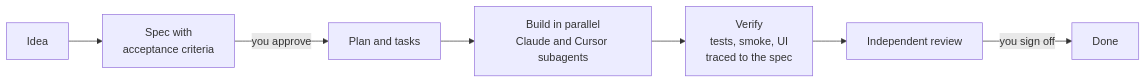
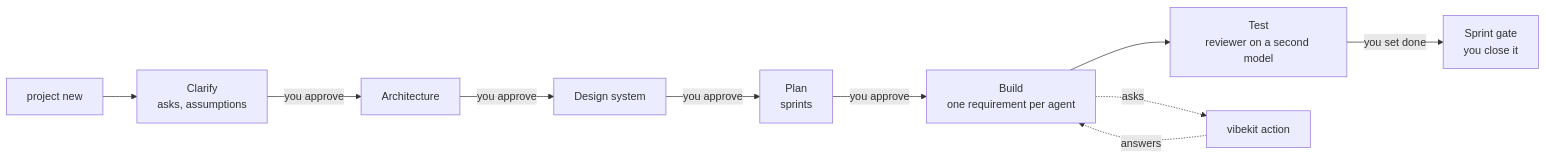
One commit to Pershanthenm/vibekit changed the diagram in README.md. Above: the diagram before and after it, drawn with Mermaid. The commit also changed other lines of this file and 392 other files, not shown here.

First line of the commit message:
feat: ship the 0.2 spec-driven loop, with a person at every gate

````diff
--- a/README.md
+++ b/README.md
@@ -14,9 +25,12 @@
 ```mermaid
 flowchart LR
-  A[Idea] --> B[Spec with<br/>acceptance criteria]
-  B -->|you approve| C[Plan and tasks]
-  C --> D[Build in parallel<br/>Claude and Cursor subagents]
-  D --> E[Verify<br/>tests, smoke, UI<br/>traced to the spec]
-  E --> F[Independent review]
-  F -->|you sign off| G[Done]
+  A[project new] --> B[Clarify<br/>asks, assumptions]
+  B -->|you approve| C[Architecture]
+  C -->|you approve| D[Design system]
+  D -->|you approve| E[Plan<br/>sprints]
+  E -->|you approve| F[Build<br/>one requirement per agent]
+  F --> G[Test<br/>reviewer on a second model]
+  G -->|you set done| H[Sprint gate<br/>you close it]
+  F -. asks .-> I[vibekit action]
+  I -. answers .-> F
 ```
````
